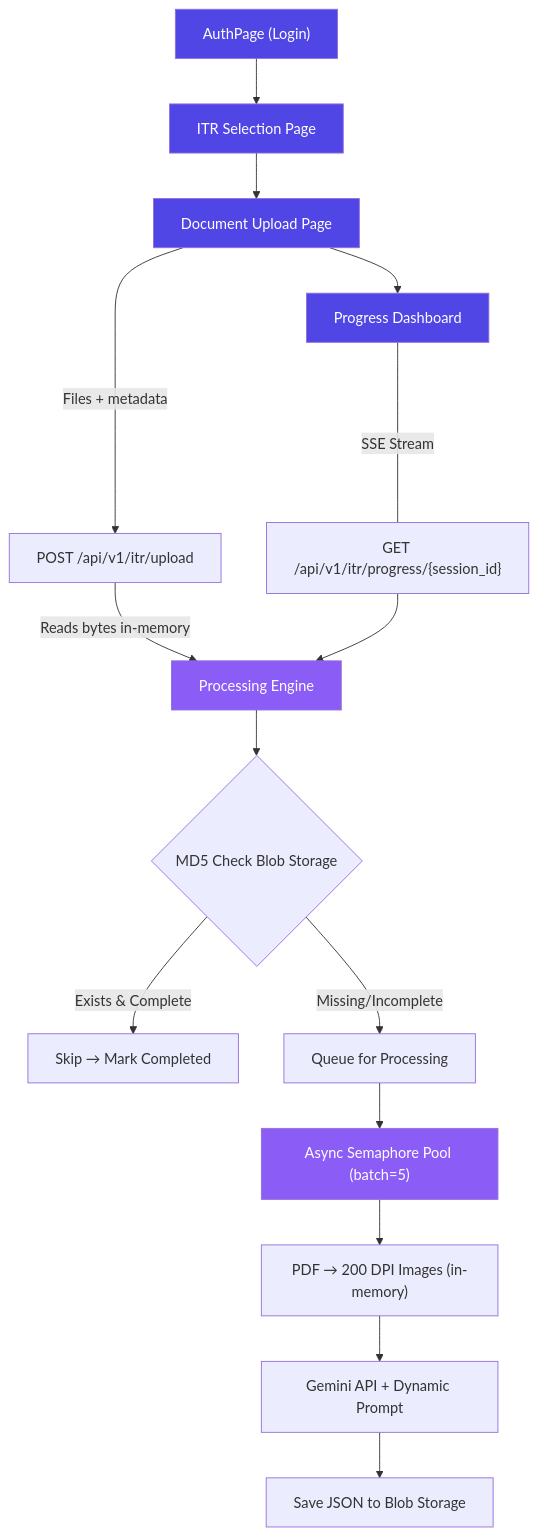
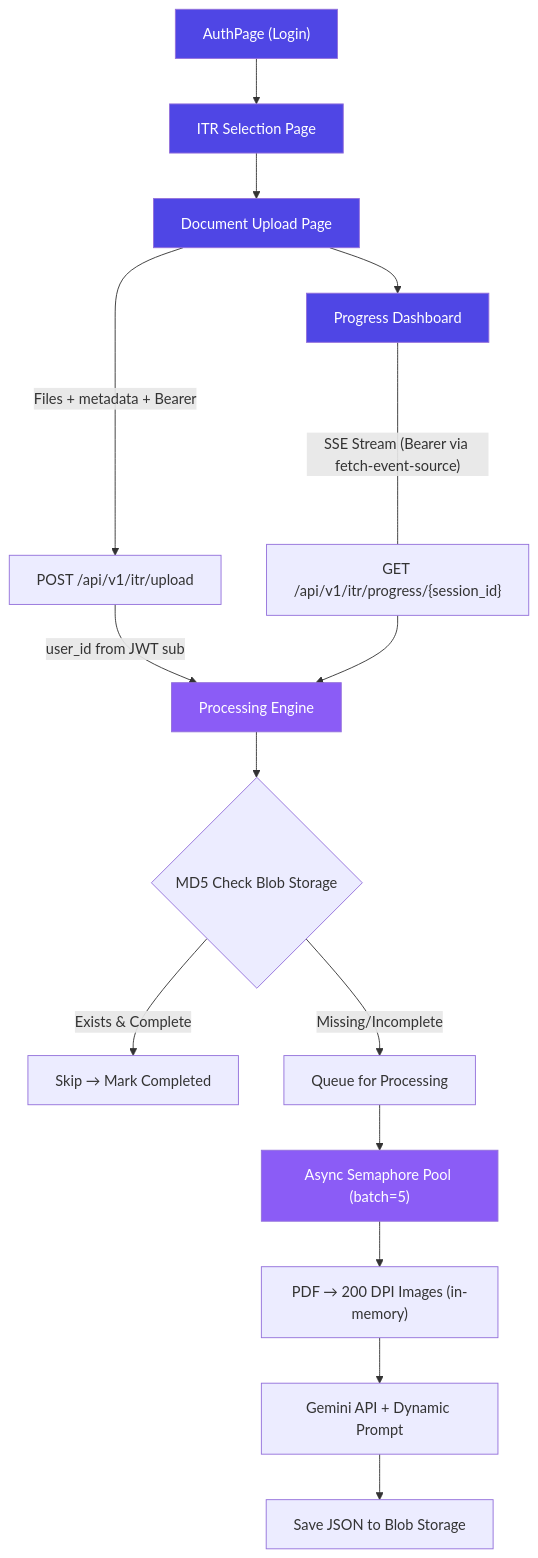
Before and after one commit to AmeDal/itr-filing-app: the second of 3 diagrams in docs/architecture.md, drawn with Mermaid. The commit also changed other lines of this file and 43 other files, not shown here.

Commit message:
feat: implement FastAPI backend structure, JWT-based authentication, and React AuthContext for secure user and admin management.

````diff
--- a/docs/architecture.md
+++ b/docs/architecture.md
@@ -5,28 +75,28 @@
 ```mermaid
 flowchart TD
     A["AuthPage (Login)"] --> B["ITR Selection Page"]
     B --> C["Document Upload Page"]
     C --> D["Progress Dashboard"]
-    
-    C -->|"Files + metadata"| E["POST /api/v1/itr/upload"]
-    E -->|"Reads bytes in-memory"| F["Processing Engine"]
-    
+
+    C -->|"Files + metadata + Bearer"| E["POST /api/v1/itr/upload"]
+    E -->|"user_id from JWT sub"| F["Processing Engine"]
+
     F --> G{"MD5 Check Blob Storage"}
     G -->|"Exists & Complete"| H["Skip → Mark Completed"]
     G -->|"Missing/Incomplete"| I["Queue for Processing"]
-    
+
     I --> J["Async Semaphore Pool (batch=5)"]
     J --> K["PDF → 200 DPI Images (in-memory)"]
     K --> L["Gemini API + Dynamic Prompt"]
     L --> M["Save JSON to Blob Storage"]
-    
-    D <----|"SSE Stream"| N["GET /api/v1/itr/progress/{session_id}"]
+
+    D <----|"SSE Stream (Bearer via fetch-event-source)"| N["GET /api/v1/itr/progress/{session_id}"]
     N --> F
-    
+
     style A fill:#4f46e5,color:#fff
     style B fill:#4f46e5,color:#fff
     style C fill:#4f46e5,color:#fff
     style D fill:#4f46e5,color:#fff
     style F fill:#8b5cf6,color:#fff
     style J fill:#8b5cf6,color:#fff
 ```
````
